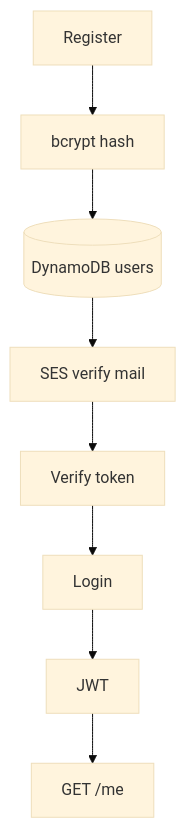
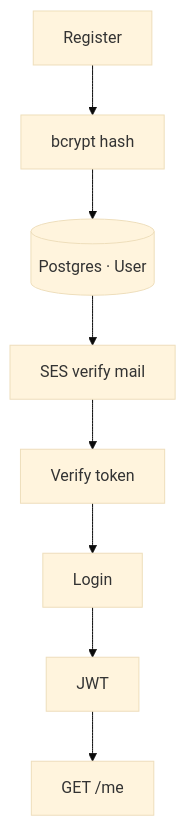
The diagram in content/tracks/backend-from-zero/lessons/09-auth-flow-big-picture.md (sreecharan-desu/hackx-slides), drawn with Mermaid (base theme) before and after one commit. The commit also changed other lines of this file and 38 other files, not shown here.

````diff
--- a/content/tracks/backend-from-zero/lessons/09-auth-flow-big-picture.md
+++ b/content/tracks/backend-from-zero/lessons/09-auth-flow-big-picture.md
@@ -10,10 +10,10 @@
 ```mermaid
 flowchart TB
   R[Register] --> H[bcrypt hash]
-  H --> U[(DynamoDB users)]
+  H --> U[(Postgres · User)]
   U --> M[SES verify mail]
   M --> V[Verify token]
   V --> L[Login]
   L --> J[JWT]
   J --> ME[GET /me]
 ```
````
